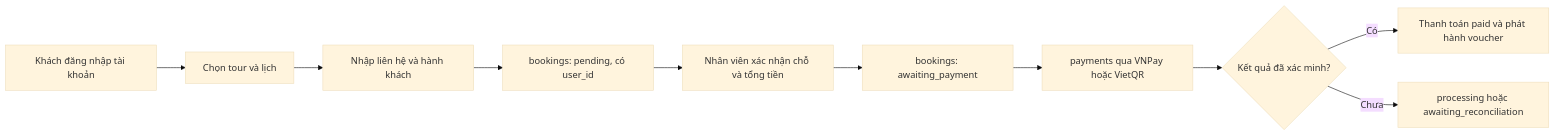
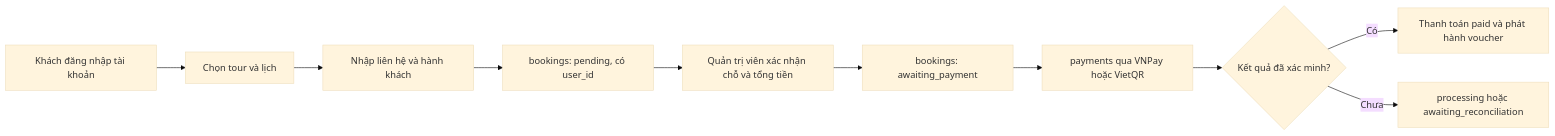
The diagram in docs/sprint3/01-truong-du-lieu.md (kannar04/LocalTour_Project), drawn with Mermaid (base theme) before and after one commit. The commit also changed other lines of this file and 3 other files, not shown here.

Commit message:
Cập nhật tài liệu Sprint 3 và test case cho trang quản trị

````diff
--- a/docs/sprint3/01-truong-du-lieu.md
+++ b/docs/sprint3/01-truong-du-lieu.md
@@ -32,12 +32,12 @@
 ```mermaid
 flowchart LR
     L[Khách đăng nhập tài khoản] --> A[Chọn tour và lịch]
     A --> B[Nhập liên hệ và hành khách]
     B --> C[bookings: pending, có user_id]
-    C --> D[Nhân viên xác nhận chỗ và tổng tiền]
+    C --> D[Quản trị viên xác nhận chỗ và tổng tiền]
     D --> E[bookings: awaiting_payment]
     E --> F[payments qua VNPay hoặc VietQR]
     F --> G{Kết quả đã xác minh?}
     G -->|Có| H[Thanh toán paid và phát hành voucher]
     G -->|Chưa| I[processing hoặc awaiting_reconciliation]
 ```
````
